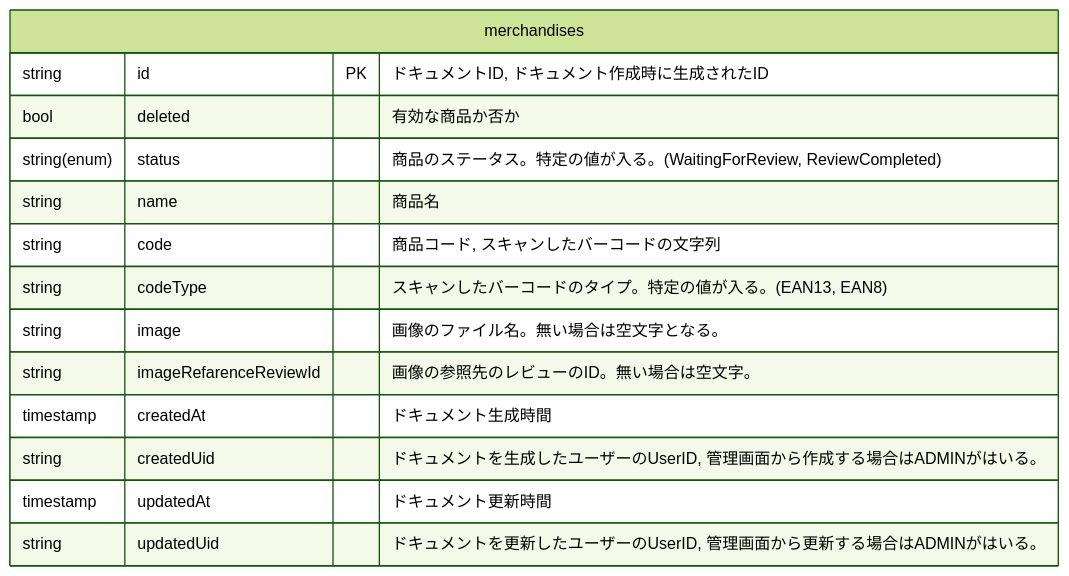
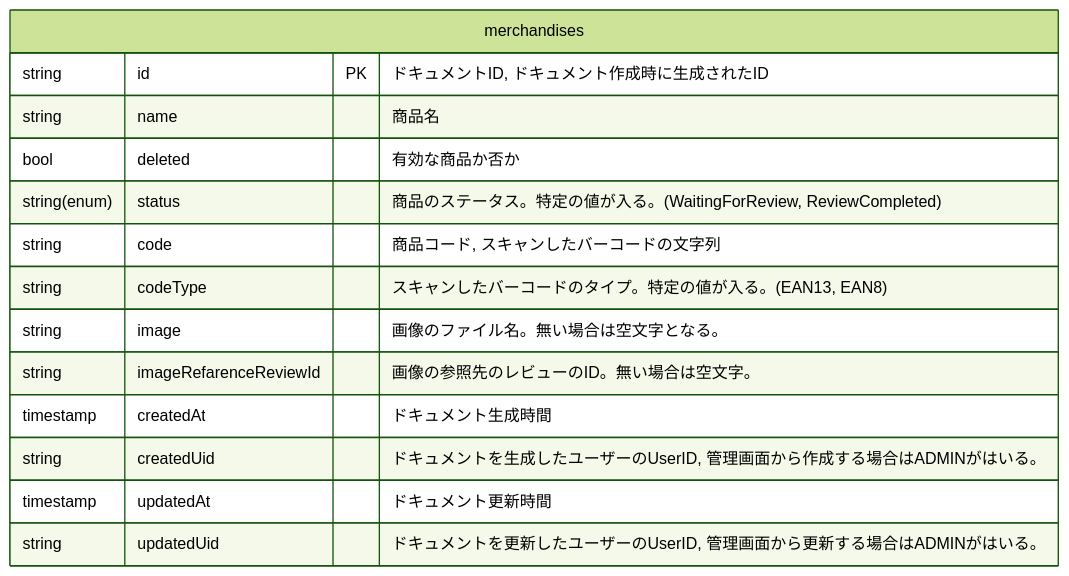
The third of 4 diagrams in documents/database.md (takoikatakotako/reviewers), drawn with Mermaid (forest theme) before and after one commit. The commit also changed other lines of this file, not shown here.

````diff
--- a/documents/database.md
+++ b/documents/database.md
@@ -82,17 +82,17 @@
 ```mermaid
 erDiagram
   merchandises {
     string id PK "ドキュメントID, ドキュメント作成時に生成されたID"
+    string name "商品名"
     bool deleted "有効な商品か否か"
     string(enum) status "商品のステータス。特定の値が入る。(WaitingForReview, ReviewCompleted)"
-    string name "商品名"
     string code "商品コード, スキャンしたバーコードの文字列"
     string codeType "スキャンしたバーコードのタイプ。特定の値が入る。(EAN13, EAN8)"
     string image "画像のファイル名。無い場合は空文字となる。"
     string imageRefarenceReviewId "画像の参照先のレビューのID。無い場合は空文字。"
     timestamp createdAt "ドキュメント生成時間"
     string createdUid "ドキュメントを生成したユーザーのUserID, 管理画面から作成する場合はADMINがはいる。"
     timestamp updatedAt "ドキュメント更新時間"
     string updatedUid "ドキュメントを更新したユーザーのUserID, 管理画面から更新する場合はADMINがはいる。"
   }
 ```
````
